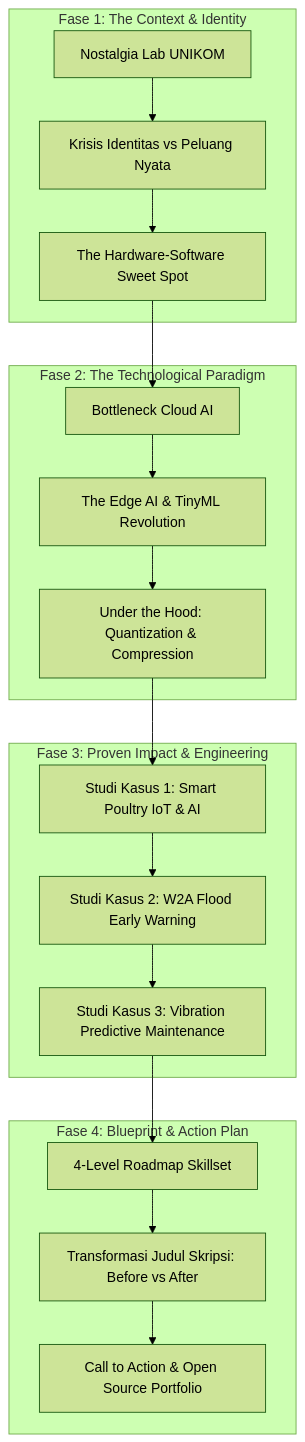
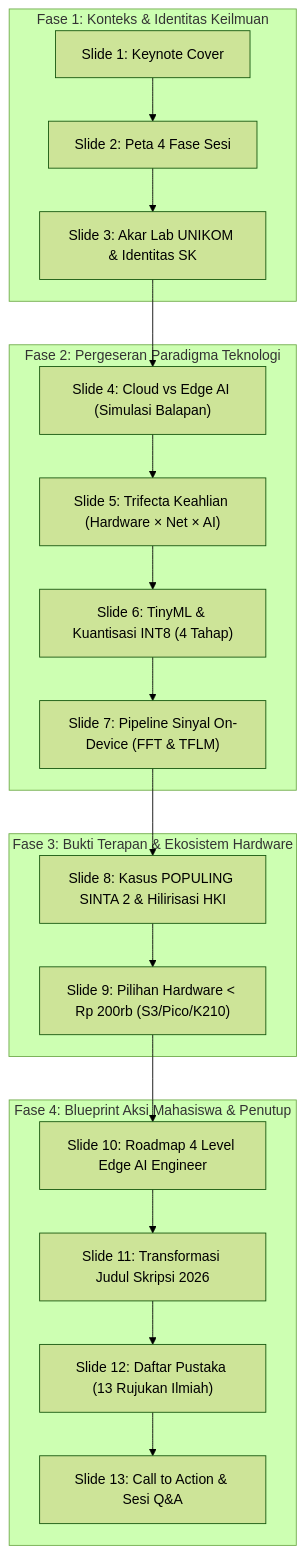
One commit to antonprafanto/unikom-alumni-insight-2026 changed the first of 2 diagrams in materi_alumni_insight_unikom_2026.md. Above: the diagram before and after it, drawn with Mermaid (forest theme). The commit also changed other lines of this file, not shown here.

Commit message:
docs: sinkronisasi penuh naskah materi 1-to-1 dengan 13 slide interaktif keynote UNIKOM 2026

````diff
--- a/materi_alumni_insight_unikom_2026.md
+++ b/materi_alumni_insight_unikom_2026.md
@@ -28,25 +28,26 @@
 ```mermaid
 flowchart TD
-    subgraph Sesi1 [Fase 1: The Context & Identity]
-        A["Nostalgia Lab UNIKOM"] --> B["Krisis Identitas vs Peluang Nyata"]
-        B --> C["The Hardware-Software Sweet Spot"]
+    subgraph Sesi1 [Fase 1: Konteks & Identitas Keilmuan]
+        S1["Slide 1: Keynote Cover"] --> S2["Slide 2: Peta 4 Fase Sesi"]
+        S2 --> S3["Slide 3: Akar Lab UNIKOM & Identitas SK"]
     end
     
-    subgraph Sesi2 [Fase 2: The Technological Paradigm]
-        C --> D["Bottleneck Cloud AI"]
-        D --> E["The Edge AI & TinyML Revolution"]
-        E --> F["Under the Hood: Quantization & Compression"]
+    subgraph Sesi2 [Fase 2: Pergeseran Paradigma Teknologi]
+        S3 --> S4["Slide 4: Cloud vs Edge AI (Simulasi Balapan)"]
+        S4 --> S5["Slide 5: Trifecta Keahlian (Hardware × Net × AI)"]
+        S5 --> S6["Slide 6: TinyML & Kuantisasi INT8 (4 Tahap)"]
+        S6 --> S7["Slide 7: Pipeline Sinyal On-Device (FFT & TFLM)"]
     end
     
-    subgraph Sesi3 [Fase 3: Proven Impact & Engineering]
-        F --> G["Studi Kasus 1: Smart Poultry IoT & AI"]
-        G --> H["Studi Kasus 2: W2A Flood Early Warning"]
-        H --> I["Studi Kasus 3: Vibration Predictive Maintenance"]
+    subgraph Sesi3 [Fase 3: Bukti Terapan & Ekosistem Hardware]
+        S7 --> S8["Slide 8: Kasus POPULING SINTA 2 & Hilirisasi HKI"]
+        S8 --> S9["Slide 9: Pilihan Hardware < Rp 200rb (S3/Pico/K210)"]
     end
     
-    subgraph Sesi4 [Fase 4: Blueprint & Action Plan]
-        I --> J["4-Level Roadmap Skillset"]
-        J --> K["Transformasi Judul Skripsi: Before vs After"]
-        K --> L["Call to Action & Open Source Portfolio"]
+    subgraph Sesi4 [Fase 4: Blueprint Aksi Mahasiswa & Penutup]
+        S9 --> S10["Slide 10: Roadmap 4 Level Edge AI Engineer"]
+        S10 --> S11["Slide 11: Transformasi Judul Skripsi 2026"]
+        S11 --> S12["Slide 12: Daftar Pustaka (13 Rujukan Ilmiah)"]
+        S12 --> S13["Slide 13: Call to Action & Sesi Q&A"]
     end
 ```
````
